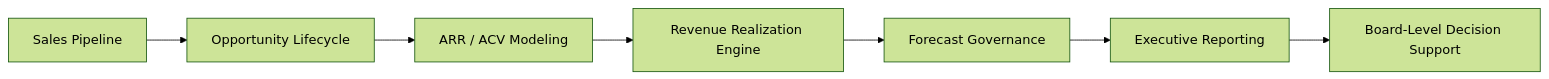
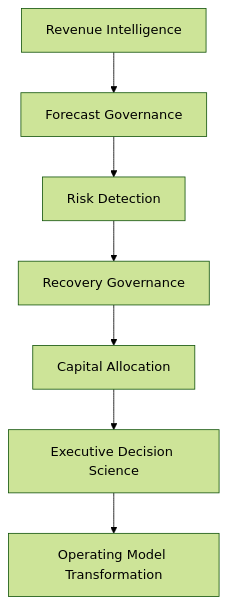
Before and after one commit to AwesomeAnil/newbridge-saas-operating-system: the first of 3 diagrams in README.md, drawn with Mermaid (forest theme). The commit also changed other lines of this file, not shown here.

````diff
--- a/README.md
+++ b/README.md
@@ -155,10 +69,17 @@
 ```mermaid
-flowchart LR
+flowchart TD
 
-A[Sales Pipeline] --> B[Opportunity Lifecycle]
-B --> C[ARR / ACV Modeling]
-C --> D[Revenue Realization Engine]
-D --> E[Forecast Governance]
-E --> F[Executive Reporting]
-F --> G[Board-Level Decision Support]
+A[Revenue Intelligence]
+
+A --> B[Forecast Governance]
+
+B --> C[Risk Detection]
+
+C --> D[Recovery Governance]
+
+D --> E[Capital Allocation]
+
+E --> F[Executive Decision Science]
+
+F --> G[Operating Model Transformation]
 ```
````
